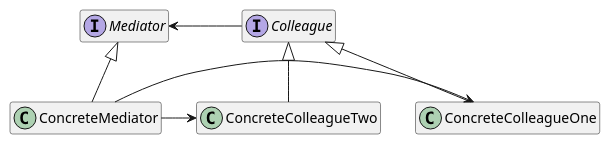
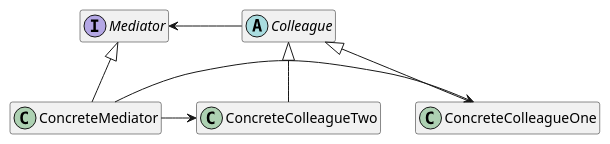
The diagram in 4.Behavioral Design Patterns/5.Mediator/src/main/resources/diagram/MediatorClassDiagram.puml (drronidz/design-patterns-java-maven), drawn with PlantUML before and after one commit. The commit also changed 10 other files, not shown here.

```diff
--- a/4.Behavioral Design Patterns/5.Mediator/src/main/resources/diagram/MediatorClassDiagram.puml
+++ b/4.Behavioral Design Patterns/5.Mediator/src/main/resources/diagram/MediatorClassDiagram.puml
@@ -1,31 +1,31 @@
 @startuml
 'https://plantuml.com/class-diagram
 
 interface Mediator
 hide Mediator members
 
 class ConcreteMediator
 hide ConcreteMediator members
 
-interface Colleague
+abstract class Colleague
 hide Colleague members
 
 
 class ConcreteColleagueOne
 hide ConcreteColleagueOne members
 
 class ConcreteColleagueTwo
 hide ConcreteColleagueTwo members
 
 
 Mediator <-right- Colleague
 
 Mediator <|-- ConcreteMediator
 
 Colleague <|-- ConcreteColleagueOne
 Colleague <|-- ConcreteColleagueTwo
 
 ConcreteMediator -right-> ConcreteColleagueOne
 ConcreteMediator -right-> ConcreteColleagueTwo
 
 @enduml
```
